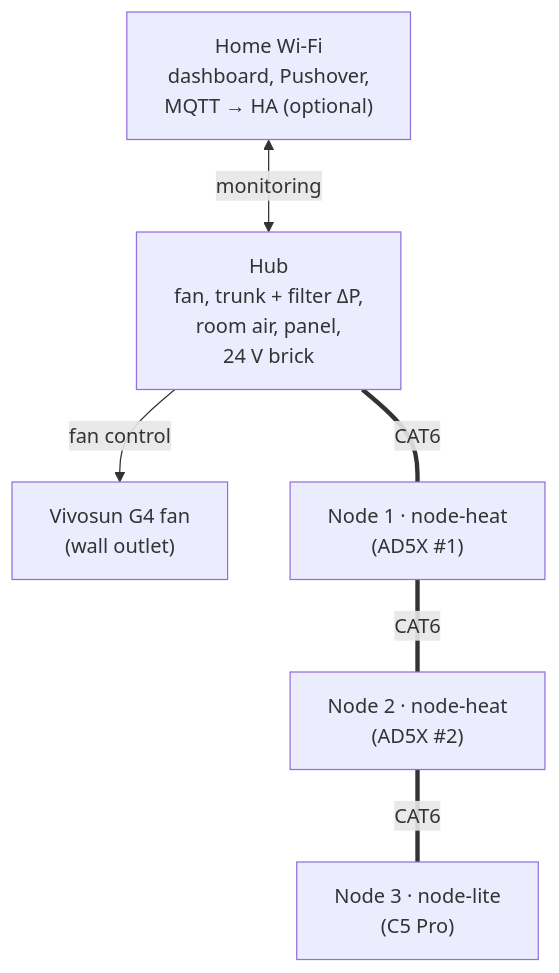
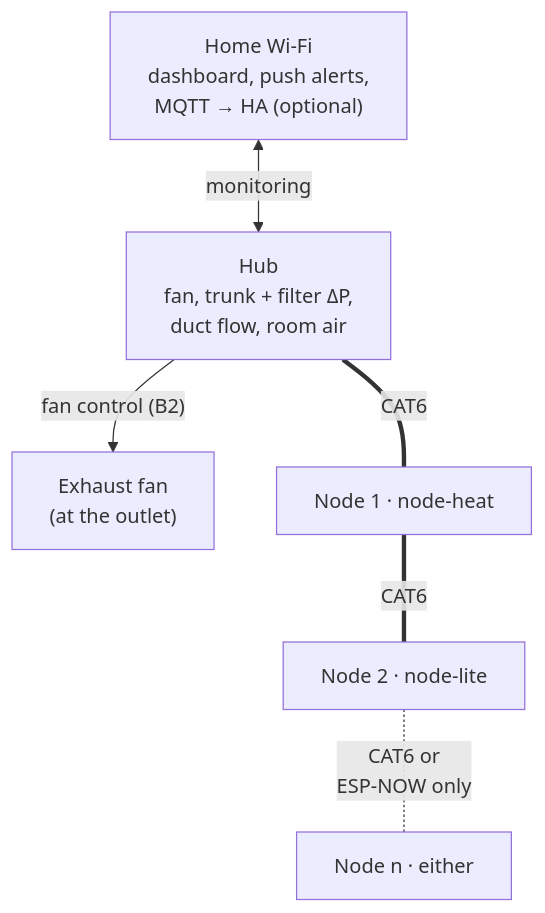
One commit to BashfulBits/3dp-fleet-exhaust changed the first of 6 diagrams in docs/01_system_architecture.md. Above: the diagram before and after it, drawn with Mermaid. The commit also changed other lines of this file and 40 other files, not shown here.

````diff
--- a/docs/01_system_architecture.md
+++ b/docs/01_system_architecture.md
@@ -39,14 +49,14 @@
 ```mermaid
 flowchart TB
-  LAN["Home Wi-Fi<br>dashboard, Pushover,<br>MQTT → HA (optional)"]
-  HUB["Hub<br>fan, trunk + filter ΔP,<br>room air, panel,<br>24 V brick"]
-  FAN["Vivosun G4 fan<br>(wall outlet)"]
-  N1["Node 1 · node-heat<br>(AD5X #1)"]
-  N2["Node 2 · node-heat<br>(AD5X #2)"]
-  N3["Node 3 · node-lite<br>(C5 Pro)"]
+  LAN["Home Wi-Fi<br>dashboard, push alerts,<br>MQTT → HA (optional)"]
+  HUB["Hub<br>fan, trunk + filter ΔP,<br>duct flow, room air"]
+  FAN["Exhaust fan<br>(at the outlet)"]
+  N1["Node 1 · node-heat"]
+  N2["Node 2 · node-lite"]
+  N3["Node n · either"]
   LAN <-->|"monitoring"| HUB
-  HUB -->|"fan control"| FAN
+  HUB -->|"fan control (B2)"| FAN
   HUB ===|"CAT6"| N1
   N1 ===|"CAT6"| N2
-  N2 ===|"CAT6"| N3
+  N2 -.-|"CAT6 or<br>ESP-NOW only"| N3
 ```
````
